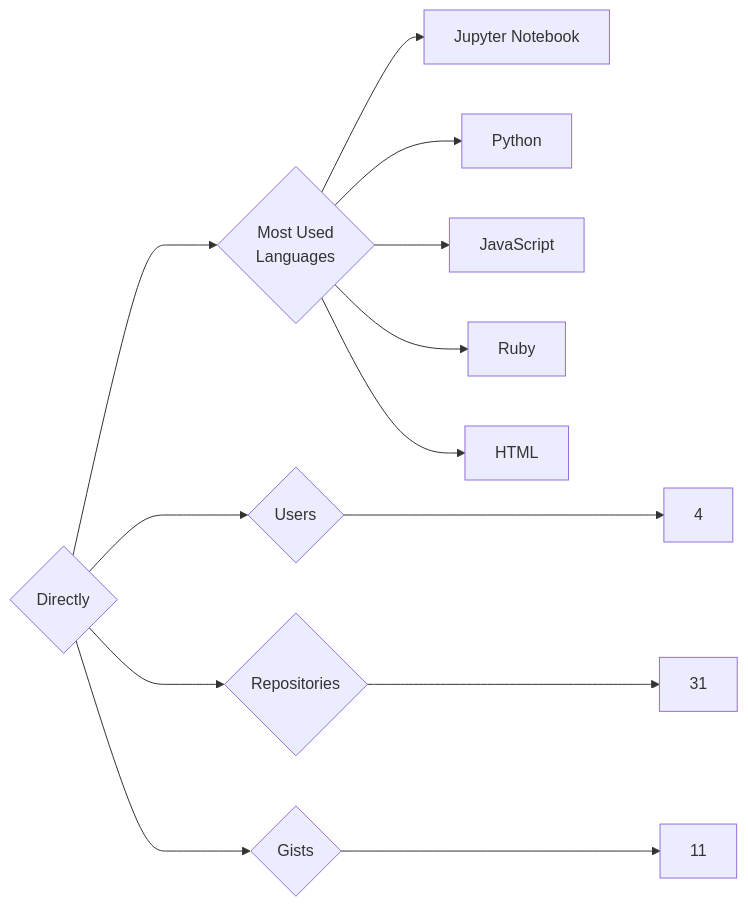
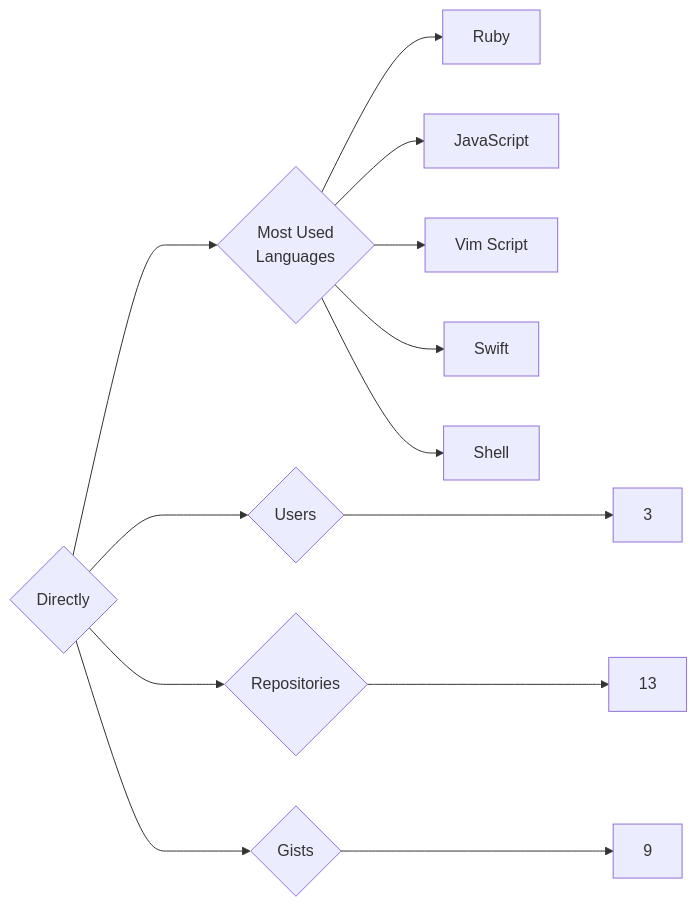
The diagram in targets/Directly/README.md (trickest/insiders), drawn with Mermaid before and after one commit. The commit also changed 997 other files, not shown here.

````diff
--- a/targets/Directly/README.md
+++ b/targets/Directly/README.md
@@ -3,13 +3,13 @@
 ```mermaid
 graph LR
 COMPANY_NAME{Directly}
-COMPANY_NAME ---> U{Users} ---> UN[4]
-COMPANY_NAME ---> R{Repositories} ---> RN[31]
-COMPANY_NAME ---> G{Gists} ---> GN[11]
+COMPANY_NAME ---> U{Users} ---> UN[3]
+COMPANY_NAME ---> R{Repositories} ---> RN[13]
+COMPANY_NAME ---> G{Gists} ---> GN[9]
 COMPANY_NAME ---> ML{Most Used<br>Languages}
-ML --> Jupyter_Notebook[Jupyter Notebook]
-ML --> Python[Python]
+ML --> Ruby[Ruby]
 ML --> JavaScript[JavaScript]
-ML --> Ruby[Ruby]
-ML --> HTML[HTML]
+ML --> Vim_Script[Vim Script]
+ML --> Swift[Swift]
+ML --> Shell[Shell]
 ```
````
